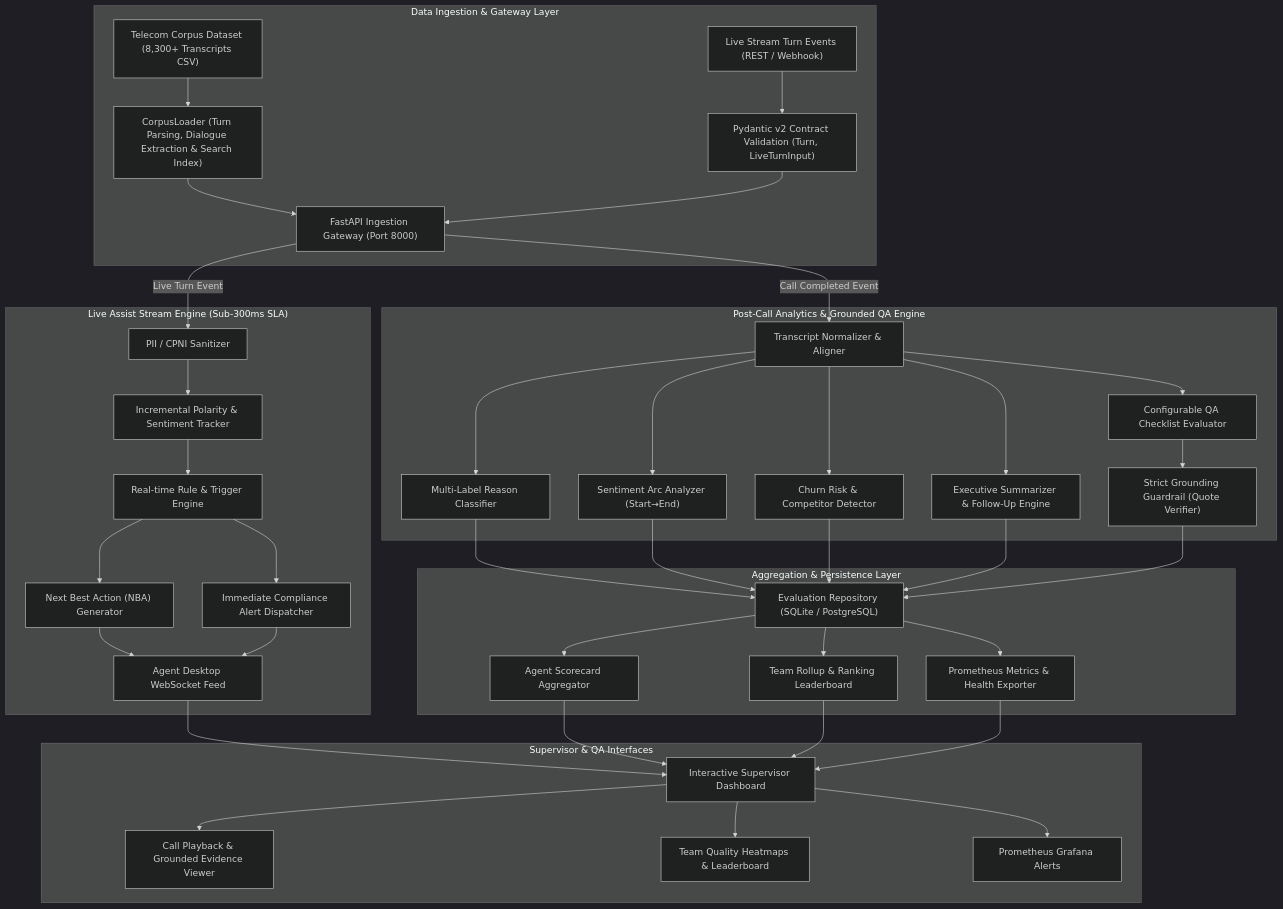
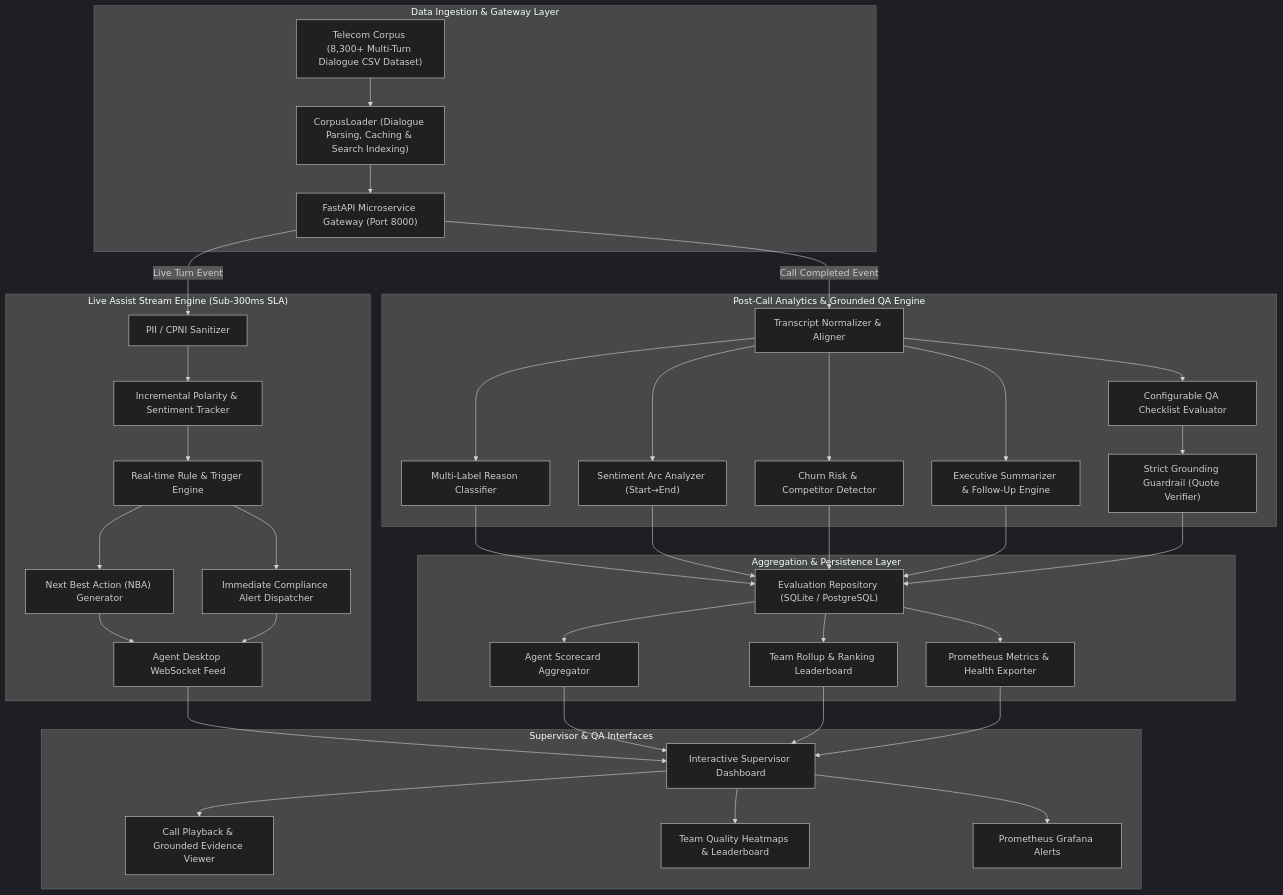
The diagram in docs/ARCHITECTURE.md (Ajay-Varsan/telecom-conversation-intelligence), drawn with Mermaid (dark theme) before and after one commit. The commit also changed 1 other file, not shown here.

Commit message:
docs(architecture): clarify single-source CSV ingestion into FastAPI turn & batch endpoints

````diff
--- a/docs/ARCHITECTURE.md
+++ b/docs/ARCHITECTURE.md
@@ -10,41 +10,40 @@
 ```mermaid
 flowchart TD
     subgraph Ingestion ["Data Ingestion & Gateway Layer"]
-        A1["Telecom Corpus Dataset (8,300+ Transcripts CSV)"] --> B1["CorpusLoader (Turn Parsing, Dialogue Extraction & Search Index)"]
-        A2["Live Stream Turn Events (REST / Webhook)"] --> B2["Pydantic v2 Contract Validation (Turn, LiveTurnInput)"]
-        B1 & B2 --> C["FastAPI Ingestion Gateway (Port 8000)"]
+        A["Telecom Corpus (8,300+ Multi-Turn Dialogue CSV Dataset)"] --> B["CorpusLoader (Dialogue Parsing, Caching & Search Indexing)"]
+        B --> C["FastAPI Microservice Gateway (Port 8000)"]
     end
 
     subgraph LiveEngine ["Live Assist Stream Engine (Sub-300ms SLA)"]
         C -->|Live Turn Event| D1["PII / CPNI Sanitizer"]
         D1 --> D2["Incremental Polarity & Sentiment Tracker"]
         D2 --> D3["Real-time Rule & Trigger Engine"]
         D3 --> D4["Next Best Action (NBA) Generator"]
         D3 --> D5["Immediate Compliance Alert Dispatcher"]
         D4 & D5 --> D6["Agent Desktop WebSocket Feed"]
     end
 
     subgraph BatchEngine ["Post-Call Analytics & Grounded QA Engine"]
         C -->|Call Completed Event| E1["Transcript Normalizer & Aligner"]
         E1 --> E2["Multi-Label Reason Classifier"]
         E1 --> E3["Sentiment Arc Analyzer (Start→End)"]
         E1 --> E4["Churn Risk & Competitor Detector"]
         E1 --> E5["Executive Summarizer & Follow-Up Engine"]
         E1 --> E6["Configurable QA Checklist Evaluator"]
         E6 --> E7["Strict Grounding Guardrail (Quote Verifier)"]
     end
 
     subgraph RollupStorage ["Aggregation & Persistence Layer"]
         E2 & E3 & E4 & E5 & E7 --> F1["Evaluation Repository (SQLite / PostgreSQL)"]
         F1 --> F2["Agent Scorecard Aggregator"]
         F1 --> F3["Team Rollup & Ranking Leaderboard"]
         F1 --> F4["Prometheus Metrics & Health Exporter"]
     end
 
     subgraph ClientUI ["Supervisor & QA Interfaces"]
         D6 & F2 & F3 & F4 --> G1["Interactive Supervisor Dashboard"]
         G1 --> G2["Call Playback & Grounded Evidence Viewer"]
         G1 --> G3["Team Quality Heatmaps & Leaderboard"]
         G1 --> G4["Prometheus Grafana Alerts"]
     end
 ```
````
